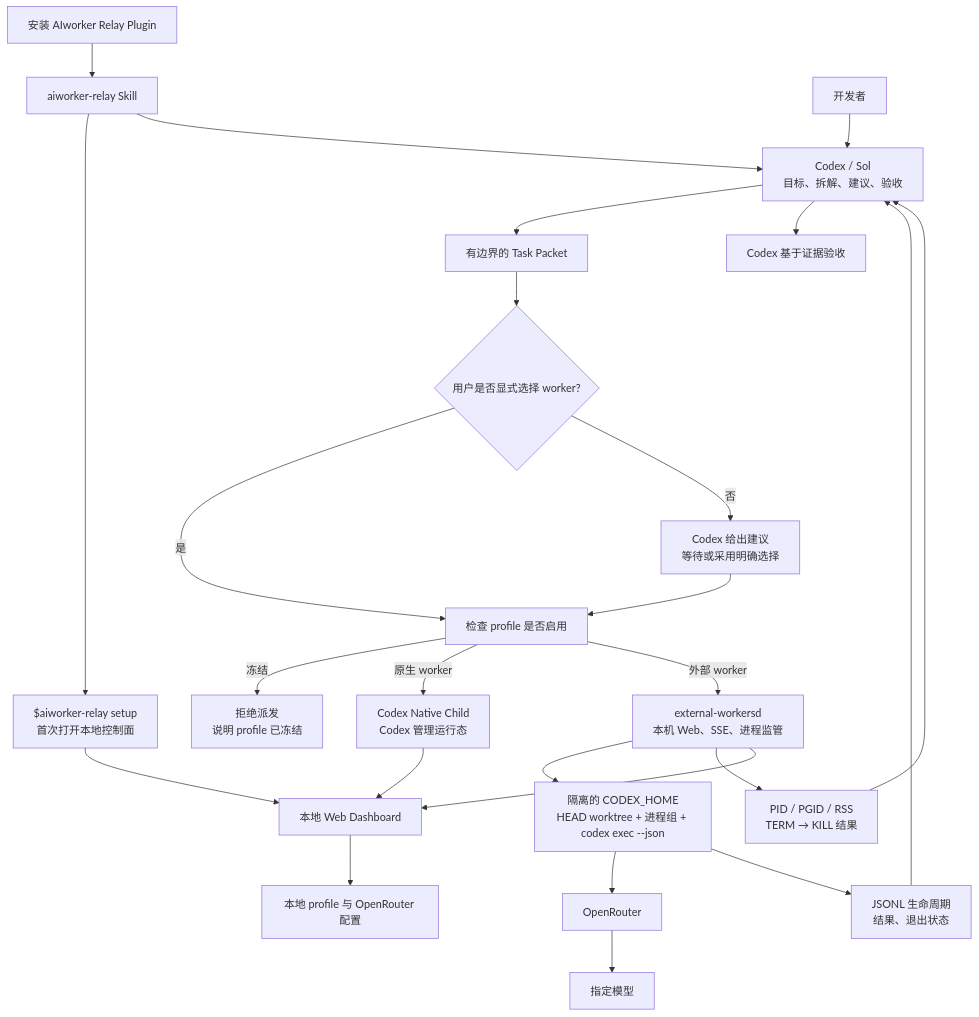
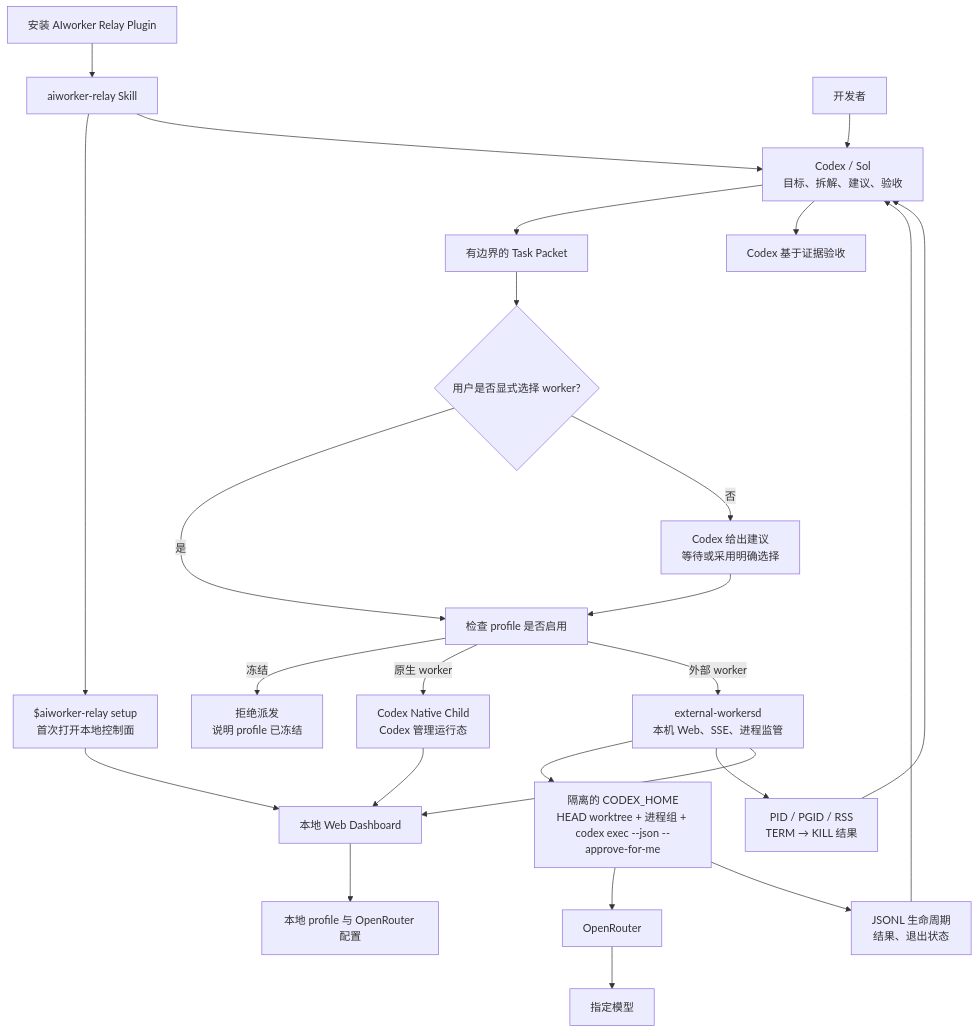
The first of 2 diagrams in docs/architecture.md (liuyejinghong/aiworker-relay), drawn with Mermaid before and after one commit. The commit also changed other lines of this file and 12 other files, not shown here.

````diff
--- a/docs/architecture.md
+++ b/docs/architecture.md
@@ -98,27 +98,27 @@
 ```mermaid
 flowchart TD
     install[安装 AIworker Relay Plugin] --> skill[aiworker-relay Skill]
     skill --> setup[$aiworker-relay setup\n首次打开本地控制面]
     user[开发者] --> sol[Codex / Sol\n目标、拆解、建议、验收]
     skill --> sol
     setup --> dashboard
     sol --> packet[有边界的 Task Packet]
     packet --> choice{用户是否显式选择 worker?}
     choice -->|是| eligibility[检查 profile 是否启用]
     choice -->|否| suggestion[Codex 给出建议\n等待或采用明确选择]
     suggestion --> eligibility
     eligibility -->|冻结| refused[拒绝派发\n说明 profile 已冻结]
     eligibility -->|原生 worker| native[Codex Native Child\nCodex 管理运行态]
     eligibility -->|外部 worker| daemon[external-workersd\n本机 Web、SSE、进程监管]
-    daemon --> isolated[隔离的 CODEX_HOME\nHEAD worktree + 进程组 + codex exec --json]
+    daemon --> isolated[隔离的 CODEX_HOME\nHEAD worktree + 进程组 + codex exec --json --approve-for-me]
     isolated --> gateway[OpenRouter]
     gateway --> model[指定模型]
     isolated --> evidence[JSONL 生命周期\n结果、退出状态]
     daemon --> process[PID / PGID / RSS\nTERM → KILL 结果]
     daemon --> dashboard[本地 Web Dashboard]
     dashboard --> config[本地 profile 与 OpenRouter 配置]
     native --> dashboard
     evidence --> sol
     process --> sol
     sol --> acceptance[Codex 基于证据验收]
 ```
````
